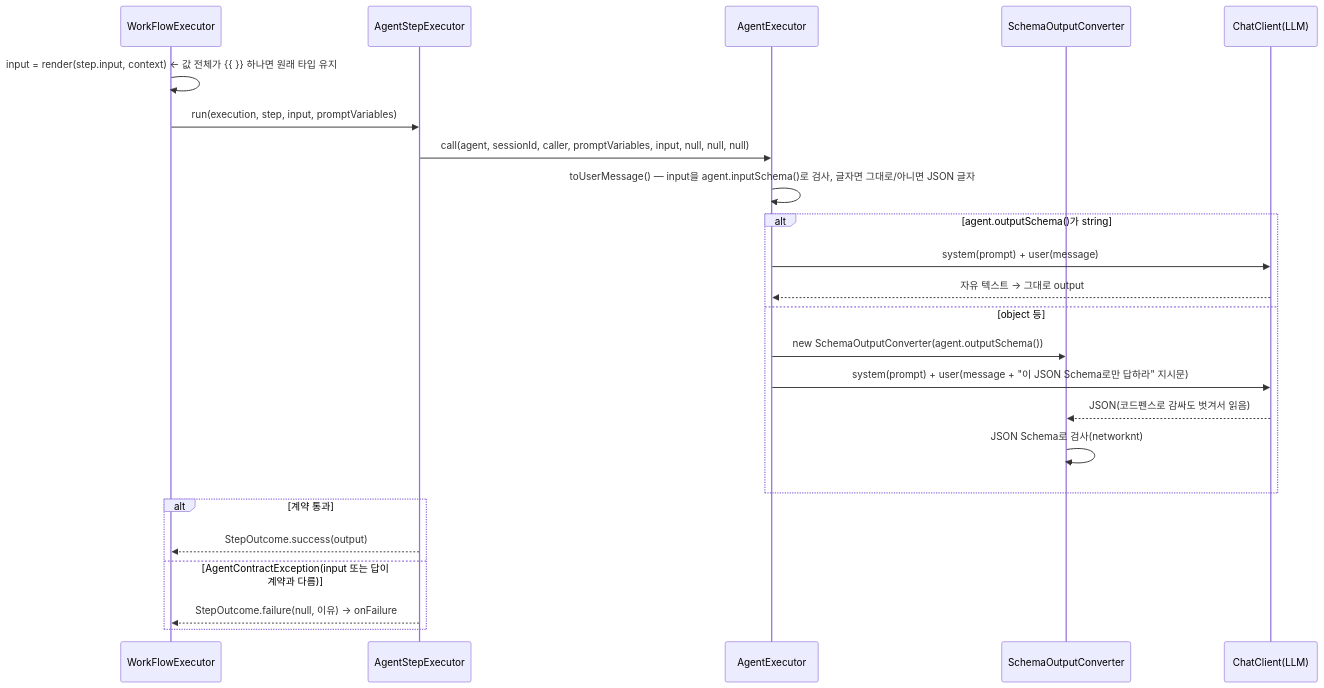
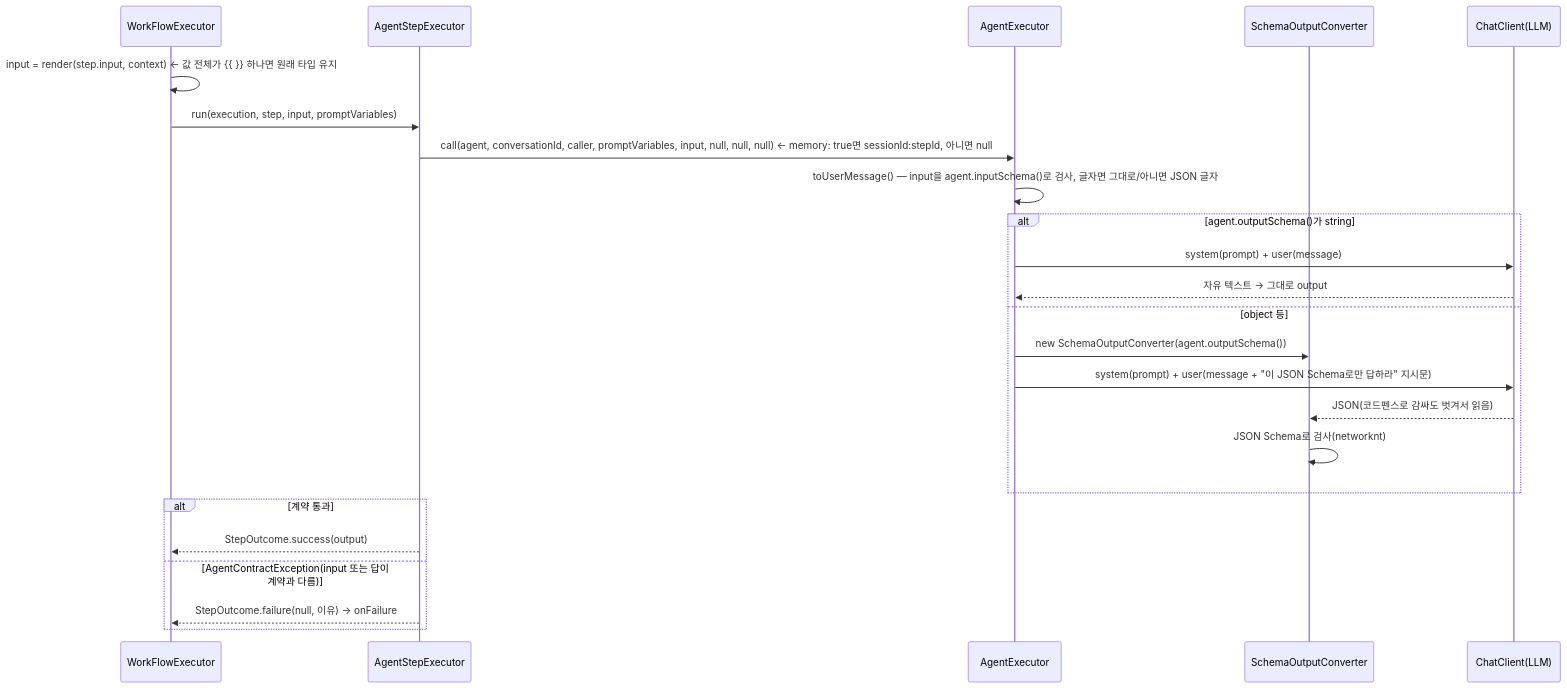
Before and after one commit to YongSoekChoeng/dstone: the sixth of 9 diagrams in docs/09.dstone-ai-engine.md, drawn with Mermaid. The commit also changed other lines of this file and 17 other files, not shown here.

````diff
--- a/docs/09.dstone-ai-engine.md
+++ b/docs/09.dstone-ai-engine.md
@@ -689,26 +689,26 @@
 ```mermaid
 sequenceDiagram
     participant WE as WorkFlowExecutor
     participant ASR as AgentStepExecutor
     participant AE as AgentExecutor
     participant CV as SchemaOutputConverter
     participant LLM as ChatClient(LLM)
     WE->>WE: input = render(step.input, context)  ← 값 전체가 {{ }} 하나면 원래 타입 유지
     WE->>ASR: run(execution, step, input, promptVariables)
-    ASR->>AE: call(agent, sessionId, caller, promptVariables, input, null, null, null)
+    ASR->>AE: call(agent, conversationId, caller, promptVariables, input, null, null, null)  ← memory: true면 sessionId:stepId, 아니면 null
     AE->>AE: toUserMessage() — input을 agent.inputSchema()로 검사, 글자면 그대로/아니면 JSON 글자
     alt agent.outputSchema()가 string
         AE->>LLM: system(prompt) + user(message)
         LLM-->>AE: 자유 텍스트 → 그대로 output
     else object 등
         AE->>CV: new SchemaOutputConverter(agent.outputSchema())
         AE->>LLM: system(prompt) + user(message + "이 JSON Schema로만 답하라" 지시문)
         LLM-->>CV: JSON(코드펜스로 감싸도 벗겨서 읽음)
         CV->>CV: JSON Schema로 검사(networknt)
     end
     alt 계약 통과
         ASR-->>WE: StepOutcome.success(output)
     else AgentContractException(input 또는 답이 계약과 다름)
         ASR-->>WE: StepOutcome.failure(null, 이유) → onFailure
     end
 ```
````
